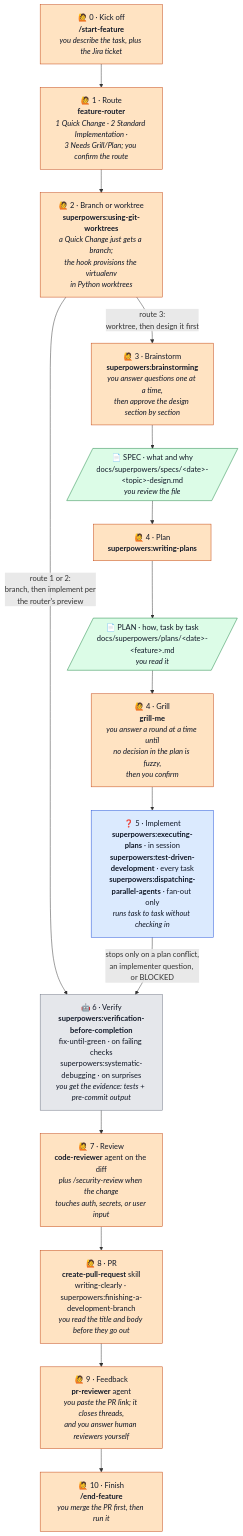
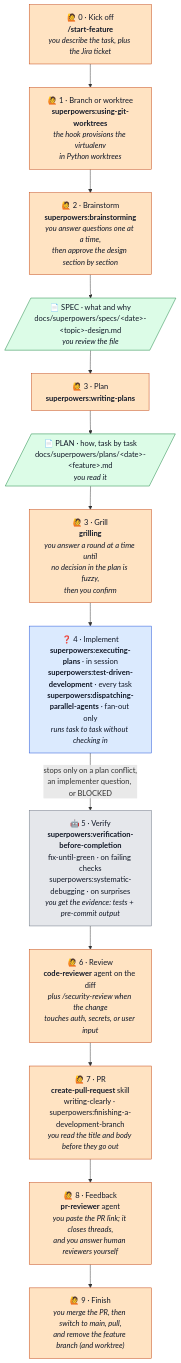
One commit to bertini36/dotfiles changed the diagram in README.md. Above: the diagram before and after it, drawn with Mermaid. The commit also changed other lines of this file and 9 other files, not shown here.

First line of the commit message:
refactor: run start-feature only behind the slash command, not a router

````diff
--- a/README.md
+++ b/README.md
@@ -165,35 +165,31 @@
 ```mermaid
 flowchart TD
     K["🙋 0 · Kick off<br><b>/start-feature</b><br><i>you describe the task, plus the Jira ticket</i>"]
-    RT["🙋 1 · Route<br><b>feature-router</b><br><i>1 Quick Change · 2 Standard Implementation ·<br>3 Needs Grill/Plan; you confirm the route</i>"]
-    W["🙋 2 · Branch or worktree<br><b>superpowers:using-git-worktrees</b><br><i>a Quick Change just gets a branch;<br>the hook provisions the virtualenv<br>in Python worktrees</i>"]
-    B["🙋 3 · Brainstorm<br><b>superpowers:brainstorming</b><br><i>you answer questions one at a time,<br>then approve the design section by section</i>"]
+    W["🙋 1 · Branch or worktree<br><b>superpowers:using-git-worktrees</b><br><i>the hook provisions the virtualenv<br>in Python worktrees</i>"]
+    B["🙋 2 · Brainstorm<br><b>superpowers:brainstorming</b><br><i>you answer questions one at a time,<br>then approve the design section by section</i>"]
     SPEC[/"📄 SPEC · what and why<br>docs/superpowers/specs/&lt;date&gt;-&lt;topic&gt;-design.md<br><i>you review the file</i>"/]
-    P["🙋 4 · Plan<br><b>superpowers:writing-plans</b>"]
+    P["🙋 3 · Plan<br><b>superpowers:writing-plans</b>"]
     PLAN[/"📄 PLAN · how, task by task<br>docs/superpowers/plans/&lt;date&gt;-&lt;feature&gt;.md<br><i>you read it</i>"/]
-    G["🙋 4 · Grill<br><b>grill-me</b><br><i>you answer a round at a time until<br>no decision in the plan is fuzzy,<br>then you confirm</i>"]
-    I["❓ 5 · Implement<br><b>superpowers:executing-plans</b> · in session<br><b>superpowers:test-driven-development</b> · every task<br><b>superpowers:dispatching-parallel-agents</b> · fan-out only<br><i>runs task to task without checking in</i>"]
-    Y["🤖 6 · Verify<br><b>superpowers:verification-before-completion</b><br>fix-until-green · on failing checks<br>superpowers:systematic-debugging · on surprises<br><i>you get the evidence: tests + pre-commit output</i>"]
-    R["🙋 7 · Review<br><b>code-reviewer</b> agent on the diff<br><i>plus /security-review when the change<br>touches auth, secrets, or user input</i>"]
-    PR["🙋 8 · PR<br><b>create-pull-request</b> skill<br>writing-clearly · superpowers:finishing-a-development-branch<br><i>you read the title and body before they go out</i>"]
-    F["🙋 9 · Feedback<br><b>pr-reviewer</b> agent<br><i>you paste the PR link; it closes threads,<br>and you answer human reviewers yourself</i>"]
-    Z["🙋 10 · Finish<br><b>/end-feature</b><br><i>you merge the PR first, then run it</i>"]
+    G["🙋 3 · Grill<br><b>grilling</b><br><i>you answer a round at a time until<br>no decision in the plan is fuzzy,<br>then you confirm</i>"]
+    I["❓ 4 · Implement<br><b>superpowers:executing-plans</b> · in session<br><b>superpowers:test-driven-development</b> · every task<br><b>superpowers:dispatching-parallel-agents</b> · fan-out only<br><i>runs task to task without checking in</i>"]
+    Y["🤖 5 · Verify<br><b>superpowers:verification-before-completion</b><br>fix-until-green · on failing checks<br>superpowers:systematic-debugging · on surprises<br><i>you get the evidence: tests + pre-commit output</i>"]
+    R["🙋 6 · Review<br><b>code-reviewer</b> agent on the diff<br><i>plus /security-review when the change<br>touches auth, secrets, or user input</i>"]
+    PR["🙋 7 · PR<br><b>create-pull-request</b> skill<br>writing-clearly · superpowers:finishing-a-development-branch<br><i>you read the title and body before they go out</i>"]
+    F["🙋 8 · Feedback<br><b>pr-reviewer</b> agent<br><i>you paste the PR link; it closes threads,<br>and you answer human reviewers yourself</i>"]
+    Z["🙋 9 · Finish<br><i>you merge the PR, then switch to main, pull,<br>and remove the feature branch (and worktree)</i>"]
 
-    K --> RT --> W
-    W -- "route 1 or 2:<br>branch, then implement per<br>the router's preview" --> Y
-    W -- "route 3:<br>worktree, then design it first" --> B
-    B --> SPEC --> P
+    K --> W --> B --> SPEC --> P
     P --> PLAN --> G
     G --> I
     I -- "stops only on a plan conflict,<br>an implementer question, or BLOCKED" --> Y
     Y --> R --> PR --> F --> Z
 
     classDef you fill:#FFE3C2,stroke:#C2410C,color:#111827
     classDef auto fill:#E5E7EB,stroke:#6B7280,color:#111827
     classDef ask fill:#DBEAFE,stroke:#1D4ED8,color:#111827
     classDef doc fill:#DCFCE7,stroke:#15803D,color:#111827
-    class K,RT,W,B,P,G,R,PR,F,Z you
+    class K,W,B,P,G,R,PR,F,Z you
     class Y auto
     class I ask
     class SPEC,PLAN doc
 ```
````
